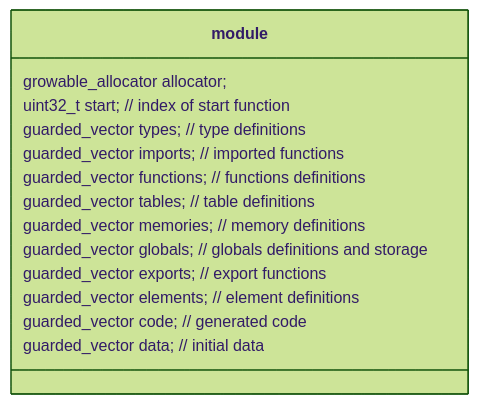
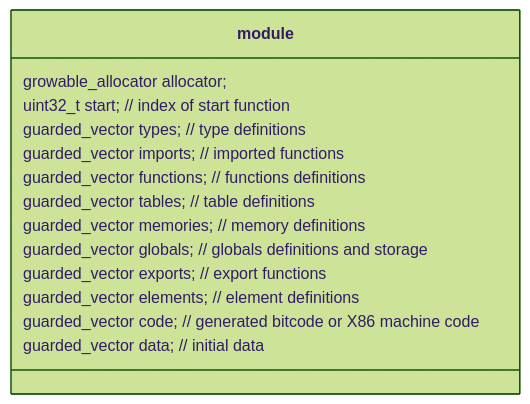
Before and after one commit to eosnetworkfoundation/product: the first of 12 diagrams in transactions/read-only/memory.md, drawn with Mermaid (forest theme). The commit also changed other lines of this file, not shown here.

````diff
--- a/transactions/read-only/memory.md
+++ b/transactions/read-only/memory.md
@@ -35,17 +28,17 @@
 ```mermaid
 classDiagram
    class module {
       growable_allocator              allocator; 
       uint32_t                        start; // index of start function
       guarded_vector<func_type>       types; // type definitions
       guarded_vector<import_entry>    imports; // imported functions
       guarded_vector<uint32_t>        functions; // functions definitions
       guarded_vector<table_type>      tables; // table definitions
       guarded_vector<memory_type>     memories; // memory definitions
       guarded_vector<global_variable> globals; // globals definitions and storage 
       guarded_vector<export_entry>    exports; // export functions
       guarded_vector<elem_segment>    elements; // element definitions
-      guarded_vector<function_body>   code; // generated code
+      guarded_vector<function_body>   code; // generated bitcode or X86 machine code
       guarded_vector<data_segment>    data; // initial data
    }
 ```
````
